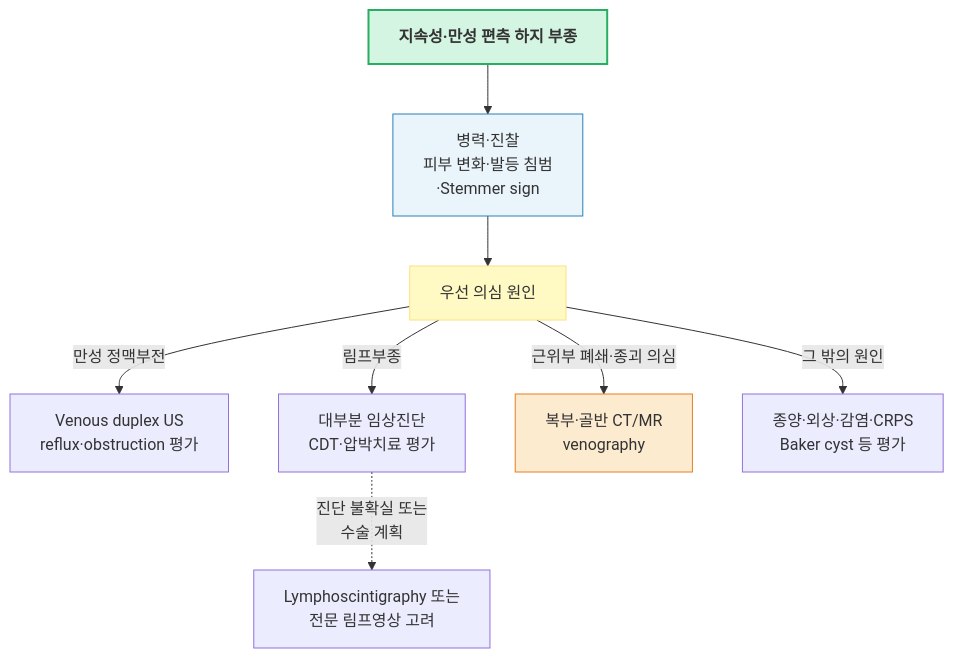
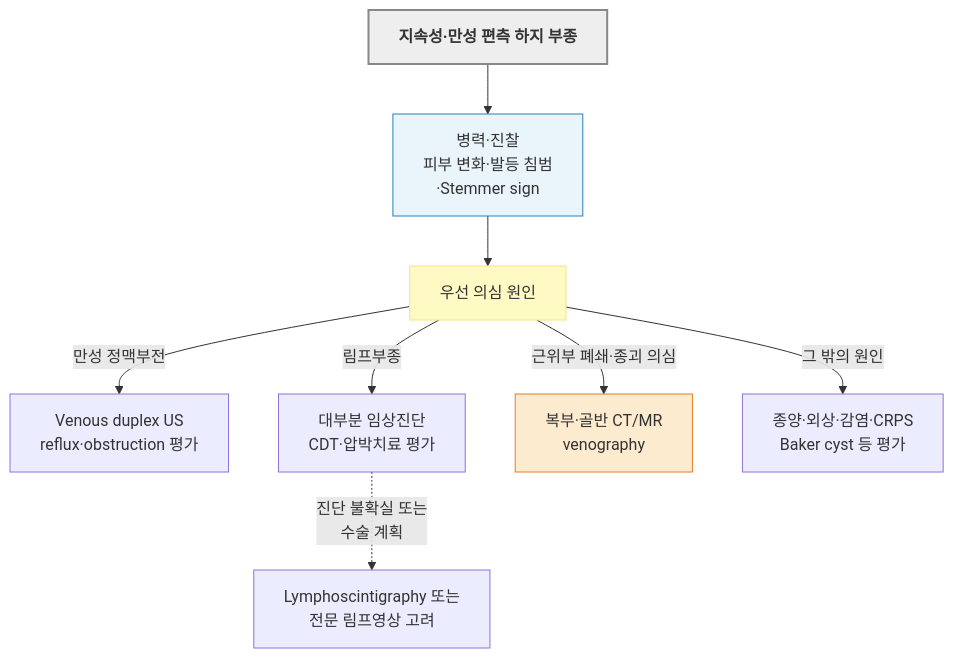
The second of 4 diagrams in 220_/012_-edema.md (familyoh77/familyoh77), drawn with Mermaid before and after one commit. The commit also changed other lines of this file and 3 other files, not shown here.

````diff
--- a/220_/012_-edema.md
+++ b/220_/012_-edema.md
@@ -240,14 +240,14 @@
 ```mermaid
 graph TD
 SG2["<b>지속성·만성 편측 하지 부종</b>"] --> B2["병력·진찰<br/>피부 변화·발등 침범<br/>·Stemmer sign"]
         B2 --> C2["우선 의심 원인"]
         C2 -- "만성 정맥부전" --> D2["Venous duplex US<br/>reflux·obstruction 평가"]
         C2 -- "림프부종" --> E2["대부분 임상진단<br/>CDT·압박치료 평가"]
         C2 -- "근위부 폐쇄·종괴 의심" --> F2["복부·골반 CT/MR<br/> venography"]
         C2 -- "그 밖의 원인" --> G2["종양·외상·감염·CRPS<br/>Baker cyst 등 평가"]
         E2 -. "진단 불확실 또는<br/>수술 계획" .-> H2["Lymphoscintigraphy 또는<br/>전문 림프영상 고려"]
-    style SG2 fill:#d5f5e3,stroke:#27ae60,stroke-width:2px
+    style SG2 fill:#eeeeee,stroke:#888888,stroke-width:2px
     style B2 fill:#eaf4fb,stroke:#2980b9
     style C2 fill:#fff9c4,stroke:#ffe082
     style F2 fill:#fdebd0,stroke:#e67e22
 ```
````
